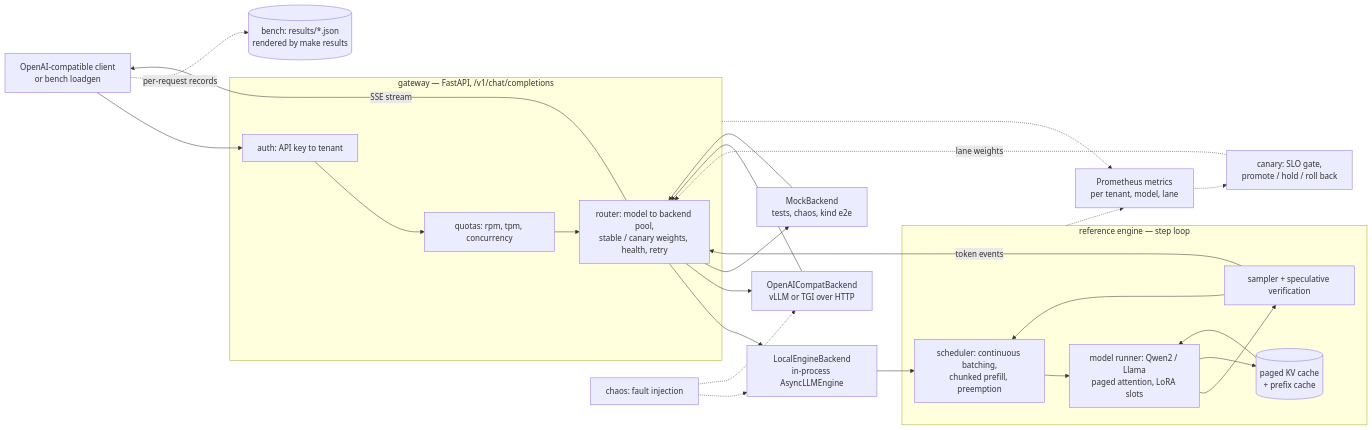
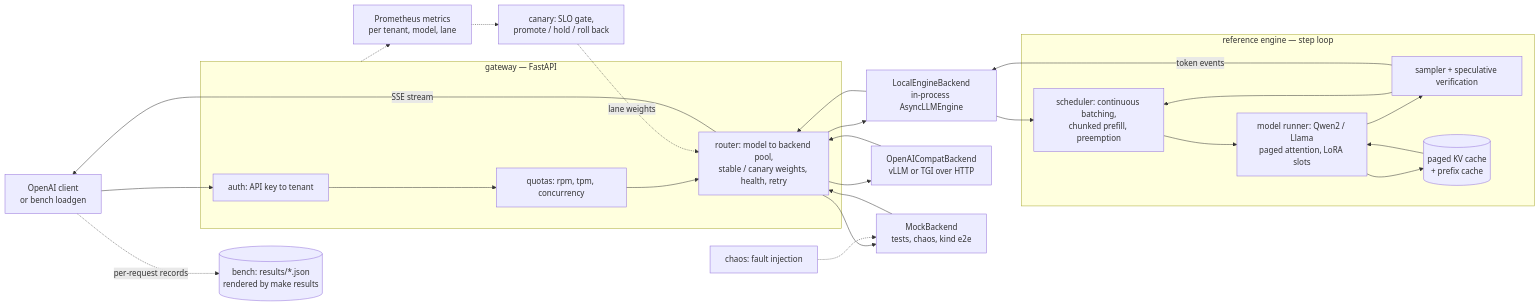
One commit to sripadha/turboserve changed the diagram in README.md. Above: the diagram before and after it, drawn with Mermaid. The commit also changed other lines of this file and 13 other files, not shown here.

First line of the commit message:
docs: architecture, ADRs, runbook, index and README

````diff
--- a/README.md
+++ b/README.md
@@ -24,35 +66,34 @@
 ```mermaid
 flowchart LR
-  client["OpenAI-compatible client<br/>or bench loadgen"] --> auth
+  client["OpenAI client<br/>or bench loadgen"] --> auth
 
-  subgraph gw["gateway — FastAPI, /v1/chat/completions"]
+  subgraph gw["gateway — FastAPI"]
     auth["auth: API key to tenant"] --> limits["quotas: rpm, tpm, concurrency"]
     limits --> router["router: model to backend pool,<br/>stable / canary weights, health, retry"]
   end
 
   router --> local["LocalEngineBackend<br/>in-process AsyncLLMEngine"]
   router --> compat["OpenAICompatBackend<br/>vLLM or TGI over HTTP"]
   router --> mock["MockBackend<br/>tests, chaos, kind e2e"]
 
   subgraph eng["reference engine — step loop"]
     sched["scheduler: continuous batching,<br/>chunked prefill, preemption"] --> runner["model runner: Qwen2 / Llama<br/>paged attention, LoRA slots"]
     runner --> sampler["sampler + speculative verification"]
     sampler --> sched
     runner --> kv[("paged KV cache<br/>+ prefix cache")]
     kv --> runner
   end
 
   local --> sched
-  sampler -- "token events" --> router
+  sampler -- "token events" --> local
+  local --> router
   compat --> router
   mock --> router
   router -- "SSE stream" --> client
 
   gw -.-> metrics["Prometheus metrics<br/>per tenant, model, lane"]
-  eng -.-> metrics
   metrics -.-> canary["canary: SLO gate,<br/>promote / hold / roll back"]
   canary -. "lane weights" .-> router
-  chaos["chaos: fault injection"] -.-> local
-  chaos -.-> compat
+  chaos["chaos: fault injection"] -.-> mock
   client -. "per-request records" .-> results[("bench: results/*.json<br/>rendered by make results")]
 ```
````
